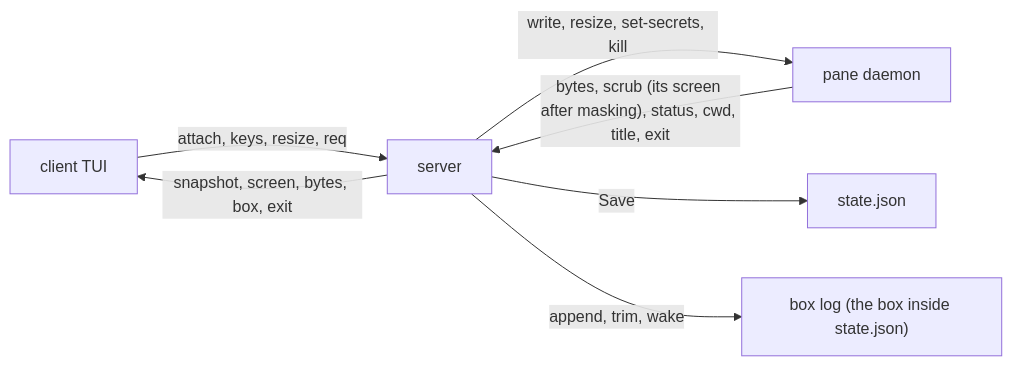
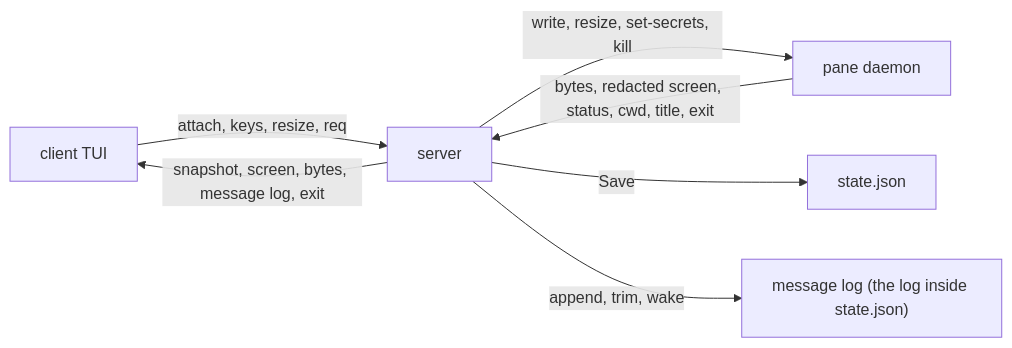
One commit to ladydascalie/dm changed the diagram in docs/internals/04-server.md. Above: the diagram before and after it, drawn with Mermaid. The commit also changed other lines of this file and 21 other files, not shown here.

````diff
--- a/docs/internals/04-server.md
+++ b/docs/internals/04-server.md
@@ -75,9 +78,9 @@
 ```mermaid
 flowchart LR
     C["client TUI"] -->|"attach, keys, resize, req"| S["server"]
-    S -->|"snapshot, screen, bytes, box, exit"| C
+    S -->|"snapshot, screen, bytes, message log, exit"| C
     S -->|"write, resize, set-secrets, kill"| P["pane daemon"]
-    P -->|"bytes, scrub (its screen after masking), status, cwd, title, exit"| S
+    P -->|"bytes, redacted screen, status, cwd, title, exit"| S
     S -->|"Save"| ST["state.json"]
-    S -->|"append, trim, wake"| B["box log (the box inside state.json)"]
+    S -->|"append, trim, wake"| B["message log (the log inside state.json)"]
 ```
````
